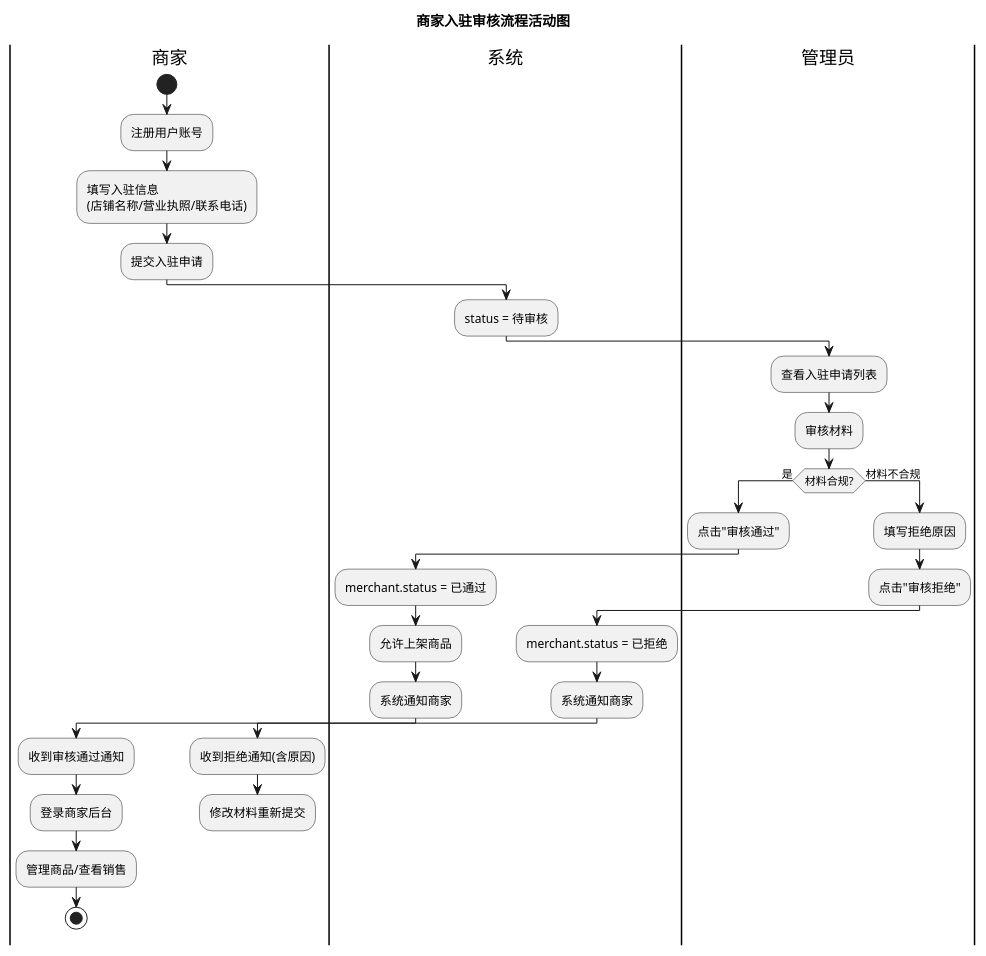
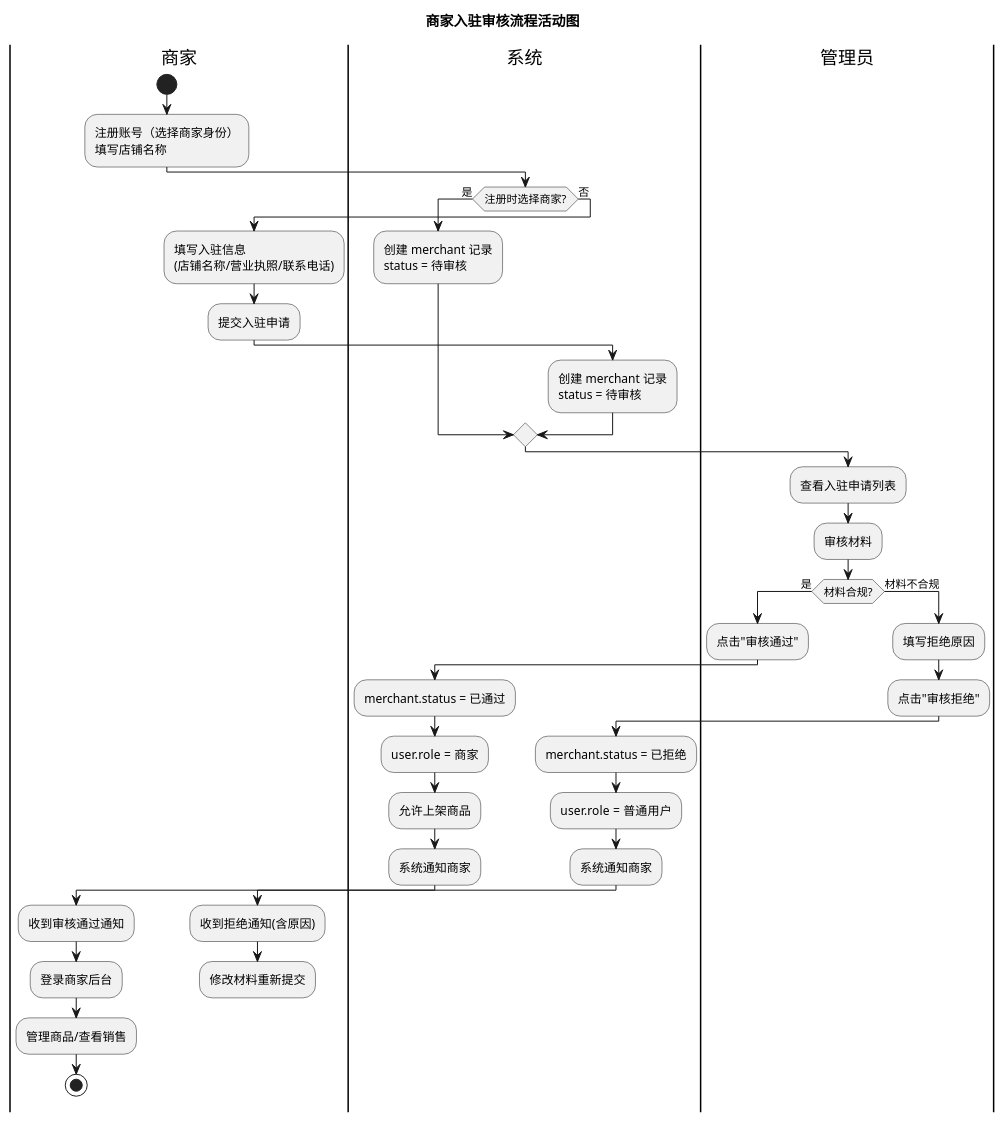
The second of 3 diagrams in uml/uml-activity.puml (KIM406-CMD/chrono), drawn with PlantUML before and after one commit. The commit also changed 20 other files, not shown here.

```diff
--- a/uml/uml-activity.puml
+++ b/uml/uml-activity.puml
@@ -84,40 +84,48 @@
 @startuml 商家入驻审核流程
 
 title 商家入驻审核流程活动图
 
 |商家|
 start
-:注册用户账号;
-:填写入驻信息\n(店铺名称/营业执照/联系电话);
-:提交入驻申请;
+:注册账号（选择商家身份）\n填写店铺名称;
 |系统|
-:status = 待审核;
+if (注册时选择商家?) then (是)
+  :创建 merchant 记录\nstatus = 待审核;
+else (否)
+  |商家|
+  :填写入驻信息\n(店铺名称/营业执照/联系电话);
+  :提交入驻申请;
+  |系统|
+  :创建 merchant 记录\nstatus = 待审核;
+endif
 |管理员|
 :查看入驻申请列表;
 :审核材料;
 if (材料合规?) then (是)
   |管理员|
   :点击"审核通过";
   |系统|
   :merchant.status = 已通过;
+  :user.role = 商家;
   :允许上架商品;
   :系统通知商家;
   |商家|
   :收到审核通过通知;
   :登录商家后台;
   :管理商品/查看销售;
   stop
 else (材料不合规)
   |管理员|
   :填写拒绝原因;
   :点击"审核拒绝";
   |系统|
   :merchant.status = 已拒绝;
+  :user.role = 普通用户;
   :系统通知商家;
   |商家|
   :收到拒绝通知(含原因);
   :修改材料重新提交;
   detach
 endif
 
 @enduml
```
